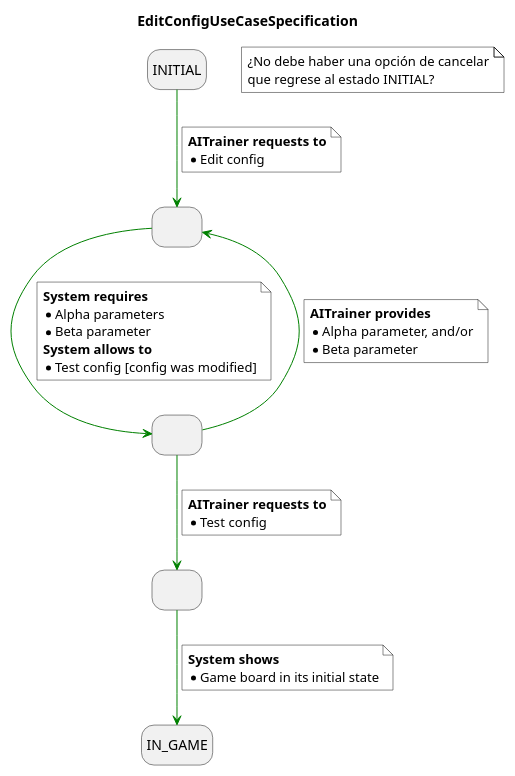
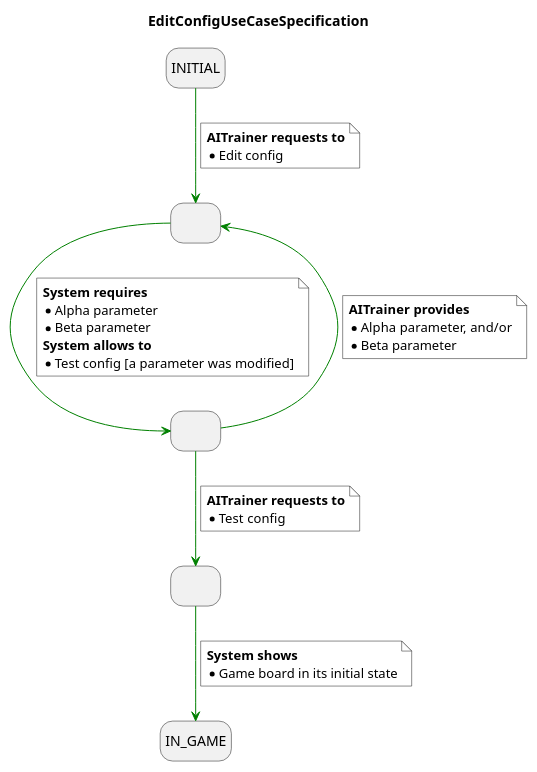
Before and after one commit to Master-Desarrollo-20-21/patrones-diseno---practica-final---juego-de-las-damas-fraylopez: the diagram in docs/src/use-cases/specification/edit-config-spec.plantuml, drawn with PlantUML. The commit also changed 6 other files, not shown here.

Commit message:
update on diagrams

```diff
--- a/docs/src/use-cases/specification/edit-config-spec.plantuml
+++ b/docs/src/use-cases/specification/edit-config-spec.plantuml
@@ -1,50 +1,50 @@
 @startuml EditConfigUseCaseSpecification
 title EditConfigUseCaseSpecification
 skinparam NoteBackgroundColor white
 hide empty description
 
 state state1 as " "
 state state2 as " "
 state state3 as " "
 
 
 INITIAL -[#green]-> state1
 note on link #white
   <b>AITrainer requests to
   * Edit config
 end note
 
 state1 -[#green]-> state2
 note on link #white
   <b>System requires
-  * Alpha parameters
+  * Alpha parameter
   * Beta parameter
   <b>System allows to
-  * Test config [config was modified]
+  * Test config [a parameter was modified]
 end note
 
 state2 -[#green]-> state1
 note on link #white
   <b>AITrainer provides
   * Alpha parameter, and/or
   * Beta parameter
 end note
 
 state2 -[#green]-> state3
 note on link #white
   <b>AITrainer requests to
   * Test config
 end note
 
 state3 -[#green]-> IN_GAME
 note on link #white
   <b>System shows
   * Game board in its initial state
 end note
 
-note as note
-  ¿No debe haber una opción de cancelar
-  que regrese al estado INITIAL?
-end note
+' note as note
+'   ¿No debe haber una opción de cancelar
+'   que regrese al estado INITIAL?
+' end note
 
 @enduml
```
